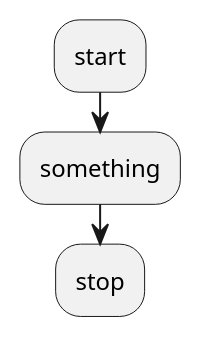
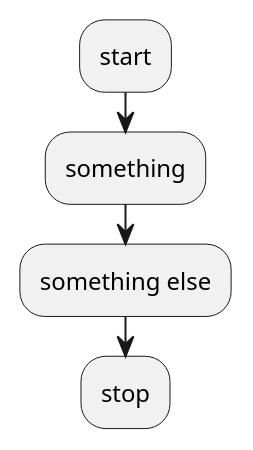
Before and after one commit to paskahlisanjas/diagram-as-code: the diagram in other-diagram.puml, drawn with PlantUML. The commit also changed 1 other file, not shown here.

```diff
--- a/other-diagram.puml
+++ b/other-diagram.puml
@@ -1,7 +1,8 @@
 @startuml other-diagram
 
 :start;
 :something;
+:something else;
 :stop;
 
 @enduml
```
